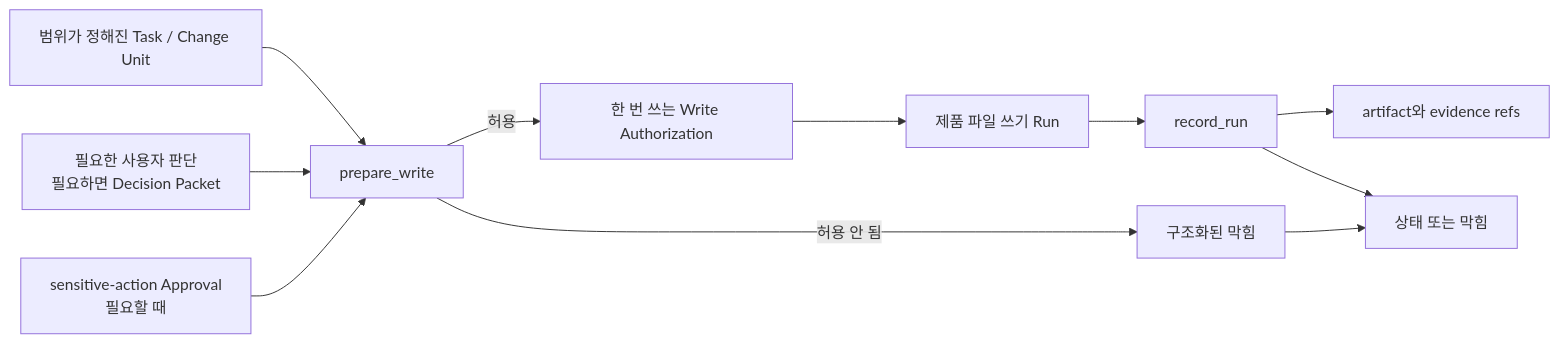
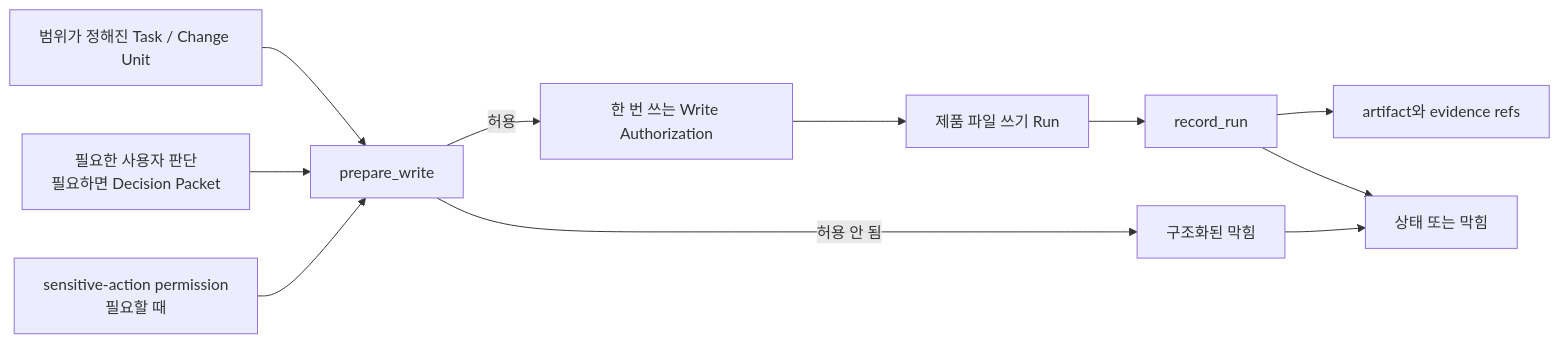
The second of 3 diagrams in docs/ko/reference/kernel.md (minjungw00/Harness_Project), drawn with Mermaid before and after one commit. The commit also changed other lines of this file and 45 other files, not shown here.

Commit message:
docs: align sensitive-action approval staging

````diff
--- a/docs/ko/reference/kernel.md
+++ b/docs/ko/reference/kernel.md
@@ -567,13 +567,13 @@
 ```mermaid
 flowchart LR
   Scope["범위가 정해진 Task / Change Unit"] --> Prepare["prepare_write"]
   Judgment["필요한 사용자 판단<br/>필요하면 Decision Packet"] --> Prepare
-  Approval["sensitive-action Approval<br/>필요할 때"] --> Prepare
+  Approval["sensitive-action permission<br/>필요할 때"] --> Prepare
   Prepare -->|허용| Auth["한 번 쓰는 Write Authorization"]
   Prepare -->|허용 안 됨| Blocker["구조화된 막힘"]
   Auth --> Run["제품 파일 쓰기 Run"]
   Run --> Record["record_run"]
   Record --> Artifacts["artifact와 evidence refs"]
   Record --> Status["상태 또는 막힘"]
   Blocker --> Status
 ```
````
